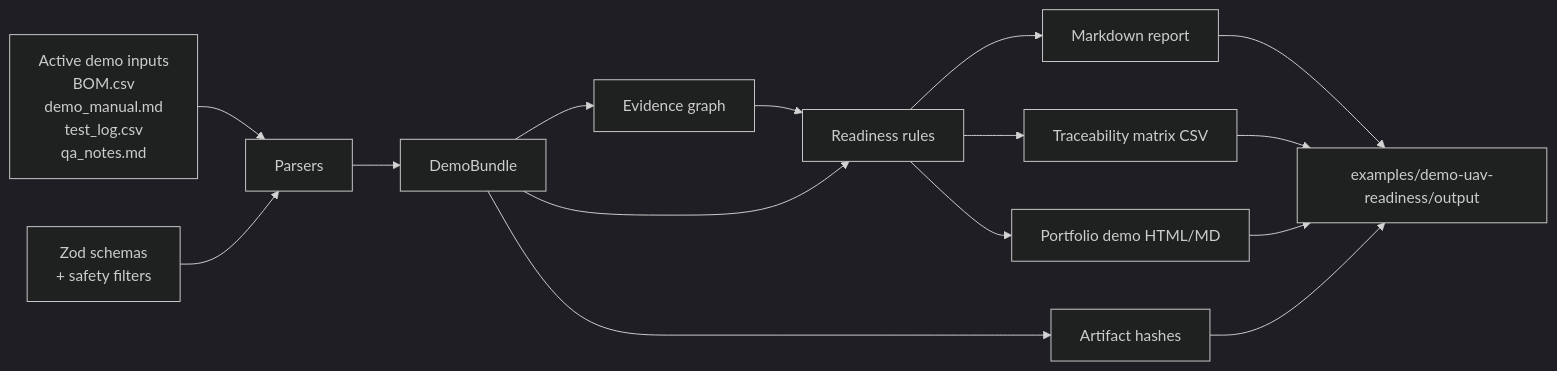
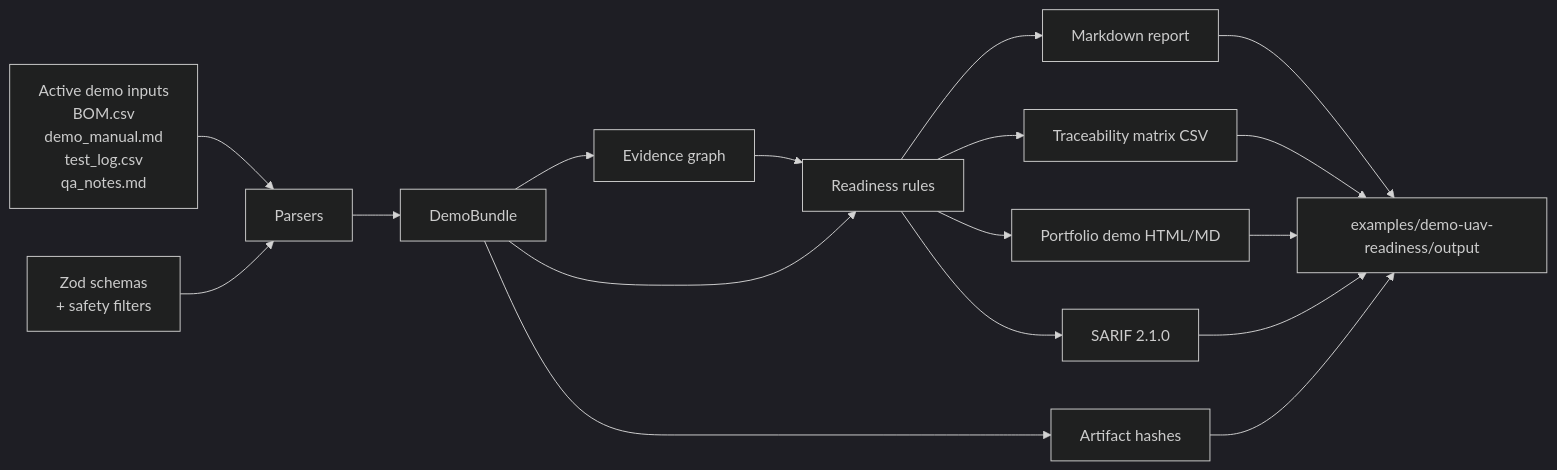
One commit to DenisShumilov/uav-readiness-evidence-copilot changed the diagram in docs/architecture.en.md. Above: the diagram before and after it, drawn with Mermaid (dark theme). The commit also changed other lines of this file and 76 other files, not shown here.

````diff
--- a/docs/architecture.en.md
+++ b/docs/architecture.en.md
@@ -13,17 +13,19 @@
 ```mermaid
 flowchart LR
     A["Active demo inputs<br/>BOM.csv<br/>demo_manual.md<br/>test_log.csv<br/>qa_notes.md"] --> B["Parsers"]
     S["Zod schemas<br/>+ safety filters"] --> B
     B --> C["DemoBundle"]
     C --> D["Evidence graph"]
     C --> E["Readiness rules"]
     D --> E
     E --> F["Markdown report"]
     E --> G["Traceability matrix CSV"]
     C --> H["Artifact hashes"]
     E --> I["Portfolio demo HTML/MD"]
+    E --> J["SARIF 2.1.0"]
     F --> O["examples/demo-uav-readiness/output"]
     G --> O
     H --> O
     I --> O
+    J --> O
 ```
````
